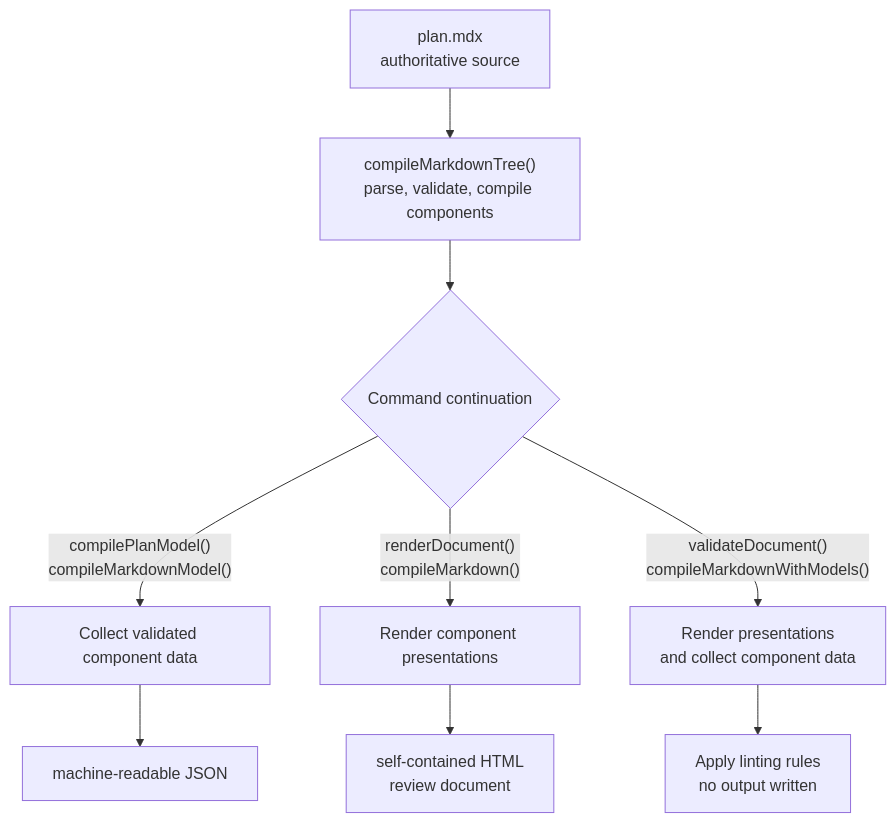
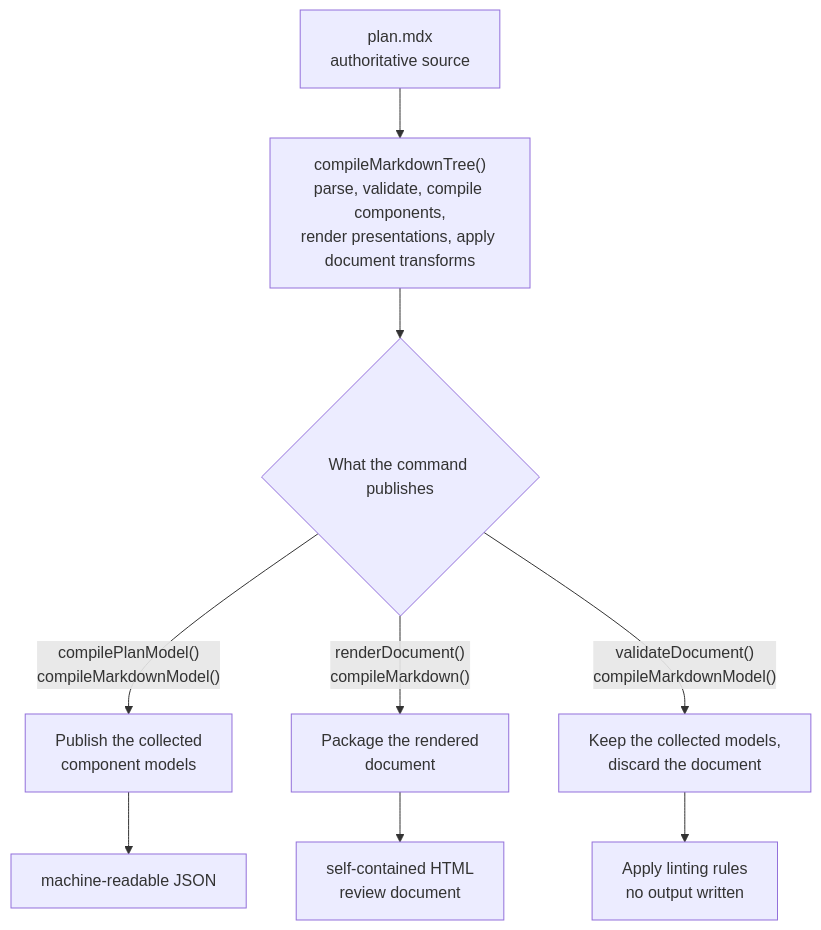
One commit to josh-padnick/big-plan changed the first of 2 diagrams in docs/src/content/docs/architecture.md. Above: the diagram before and after it, drawn with Mermaid. The commit also changed other lines of this file and 20 other files, not shown here.

First line of the commit message:
feat(render): carry each component's block address into the compiled plan model (BIG-191) (#184)

````diff
--- a/docs/src/content/docs/architecture.md
+++ b/docs/src/content/docs/architecture.md
@@ -25,12 +25,12 @@
 ```mermaid
 flowchart TB
   A["plan.mdx<br/>authoritative source"]
-  A --> F["compileMarkdownTree()<br/>parse, validate, compile components"]
-  F --> Q{"Command continuation"}
-  Q -- "compilePlanModel()<br/>compileMarkdownModel()" --> G["Collect validated component data"]
-  Q -- "renderDocument()<br/>compileMarkdown()" --> H["Render component presentations"]
-  Q -- "validateDocument()<br/>compileMarkdownWithModels()" --> M["Render presentations<br/>and collect component data"]
+  A --> F["compileMarkdownTree()<br/>parse, validate, compile components,<br/>render presentations, apply document transforms"]
+  F --> Q{"What the command publishes"}
+  Q -- "compilePlanModel()<br/>compileMarkdownModel()" --> G["Publish the collected<br/>component models"]
+  Q -- "renderDocument()<br/>compileMarkdown()" --> H["Package the rendered<br/>document"]
+  Q -- "validateDocument()<br/>compileMarkdownModel()" --> M["Keep the collected models,<br/>discard the document"]
   G --> I["machine-readable JSON"]
   H --> J["self-contained HTML<br/>review document"]
   M --> N["Apply linting rules<br/>no output written"]
 ```
````
